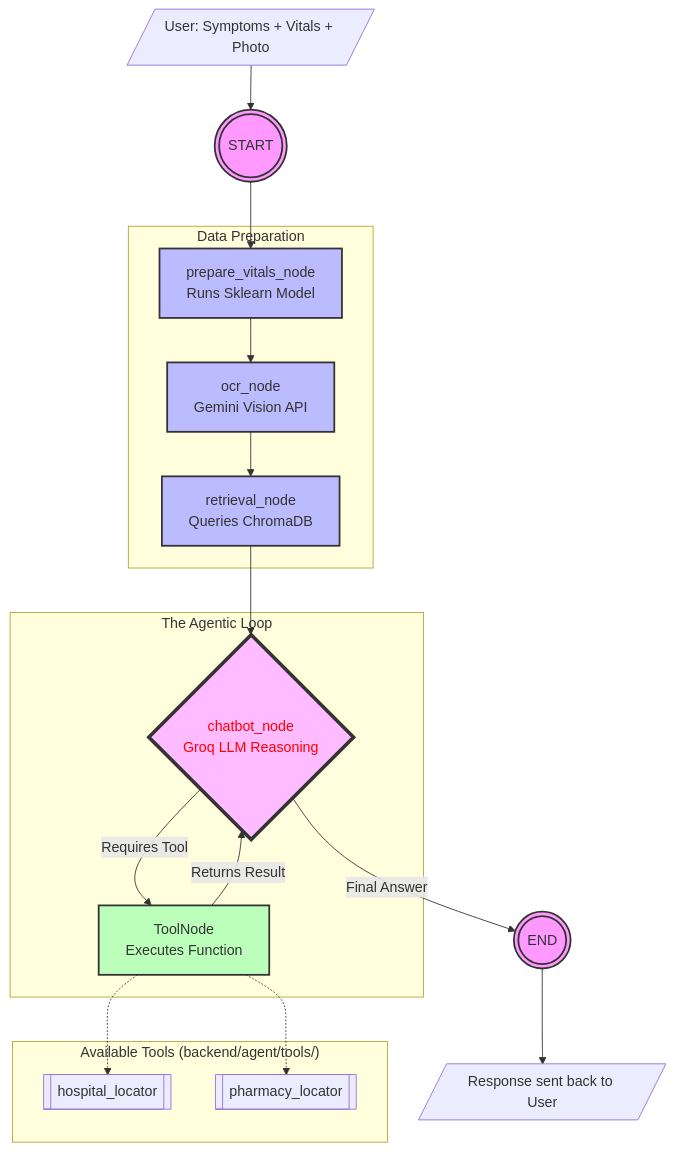
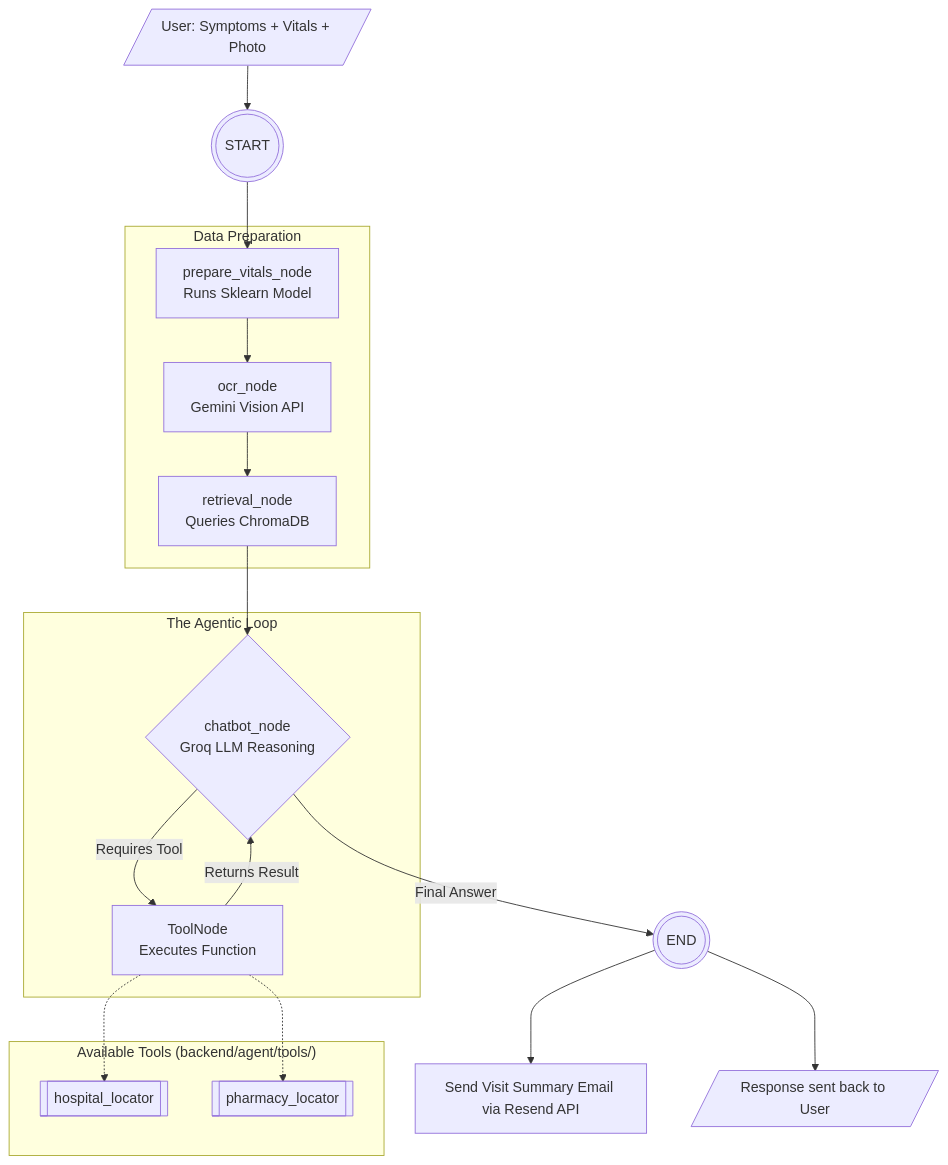
One commit to mahaveer0738/fyp-health-app changed the diagram in backend/ARCHITECTURE.md. Above: the diagram before and after it, drawn with Mermaid. The commit also changed 1 other file, not shown here.

Commit message:
docs: Remove custom Mermaid coloring and add email step to diagrams

````diff
--- a/backend/ARCHITECTURE.md
+++ b/backend/ARCHITECTURE.md
@@ -51,41 +51,39 @@
 ```mermaid
 graph TD
-    classDef startend fill:#f9f,stroke:#333,stroke-width:2px;
-    classDef datanode fill:#bbf,stroke:#333,stroke-width:2px;
-    classDef agentnode fill:#fbf,stroke:#333,stroke-width:4px,color:red;
-    classDef toolnode fill:#bfb,stroke:#333,stroke-width:2px;
-
     %% Entry
     Input[/User: Symptoms + Vitals + Photo/] --> START(((START)))
-    START:::startend --> N1
+    START --> N1
 
     %% Sequential Data Prep Pipeline
-    subgraph Data Preparation
-        N1[prepare_vitals_node<br>Runs Sklearn Model]:::datanode --> N2
-        N2[ocr_node<br>Gemini Vision API]:::datanode --> N3
-        N3[retrieval_node<br>Queries ChromaDB]:::datanode
+    subgraph "Data Preparation"
+        N1[prepare_vitals_node<br>Runs Sklearn Model] --> N2
+        N2[ocr_node<br>Gemini Vision API] --> N3
+        N3[retrieval_node<br>Queries ChromaDB]
     end
 
     N3 --> N4
 
     %% The ReAct Agent Loop
-    subgraph The Agentic Loop
-        N4{chatbot_node<br>Groq LLM Reasoning}:::agentnode
+    subgraph "The Agentic Loop"
+        N4{chatbot_node<br>Groq LLM Reasoning}
 
-        N4 -- "Requires Tool" --> N5[ToolNode<br>Executes Function]:::toolnode
+        N4 -- "Requires Tool" --> N5[ToolNode<br>Executes Function]
         N5 -- "Returns Result" --> N4
     end
 
     %% Exit
     N4 -- "Final Answer" --> END(((END)))
-    END:::startend --> Output[/Response sent back to User/]
+    
+    %% Post-Graph Processes
+    END --> Email[Send Visit Summary Email via Resend API]
+    END --> Output[/Response sent back to User/]
 
     %% Tool Definitions
     subgraph "Available Tools (backend/agent/tools/)"
         T1[[hospital_locator]]
         T2[[pharmacy_locator]]
     end
 
     N5 -.-> T1
     N5 -.-> T2
 ```
````
